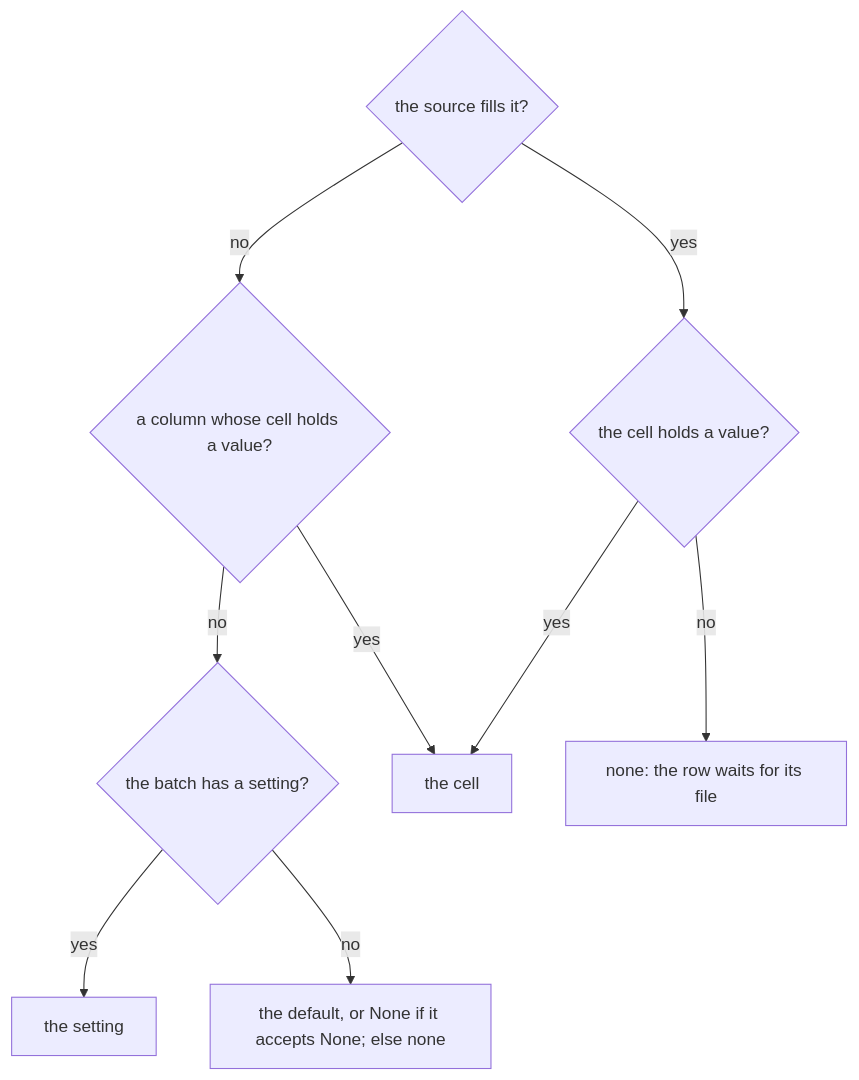
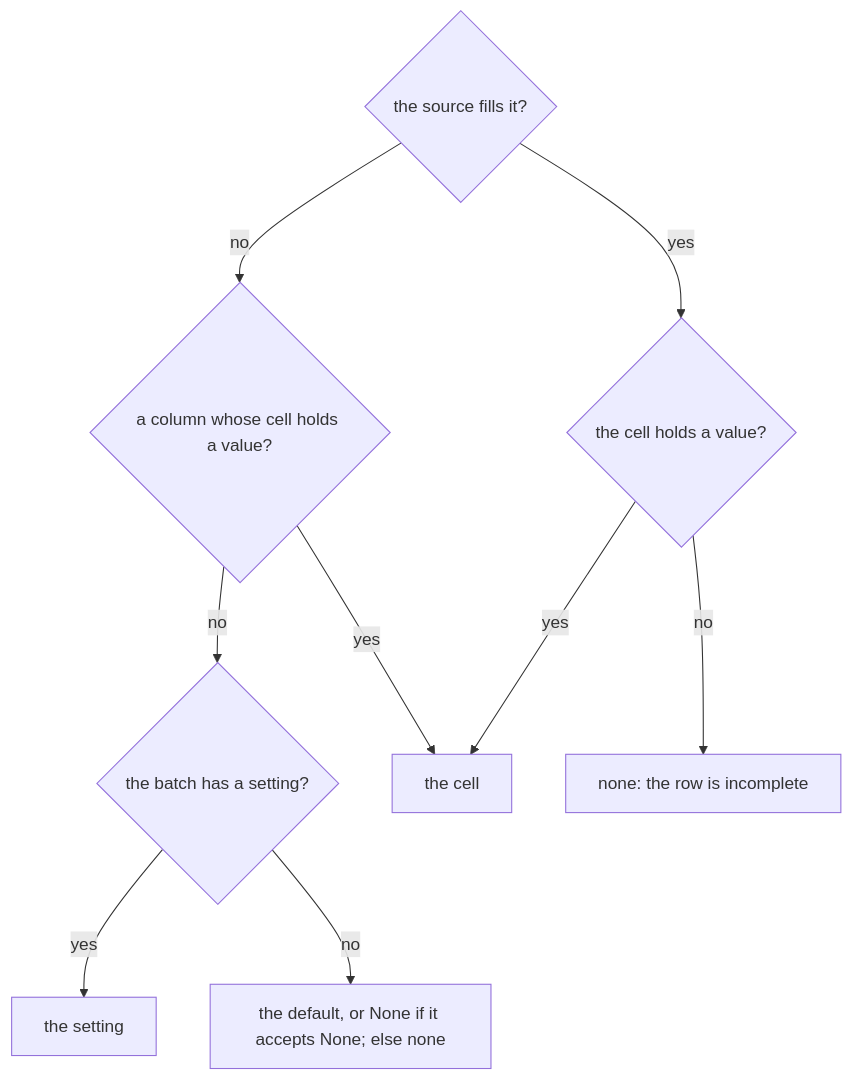
Before and after one commit to scipp/essapps: the second of 5 diagrams in packages/essbatch/docs/batch.md, drawn with Mermaid. The commit also changed other lines of this file and 7 other files, not shown here.

````diff
--- a/packages/essbatch/docs/batch.md
+++ b/packages/essbatch/docs/batch.md
@@ -262,15 +263,15 @@
 ```mermaid
 flowchart TD
     source{"the source fills it?"}
-    waiting{"the cell holds a value?"}
+    filled{"the cell holds a value?"}
     column{"a column whose cell holds a value?"}
     setting{"the batch has a setting?"}
-    source -- yes --> waiting
+    source -- yes --> filled
     source -- no --> column
-    waiting -- yes --> cell["the cell"]
-    waiting -- no --> waits["none: the row waits for its file"]
+    filled -- yes --> cell["the cell"]
+    filled -- no --> missing["none: the row is incomplete"]
     column -- yes --> cell
     column -- no --> setting
     setting -- yes --> given["the setting"]
     setting -- no --> default["the default, or None if it accepts None; else none"]
 ```
````
